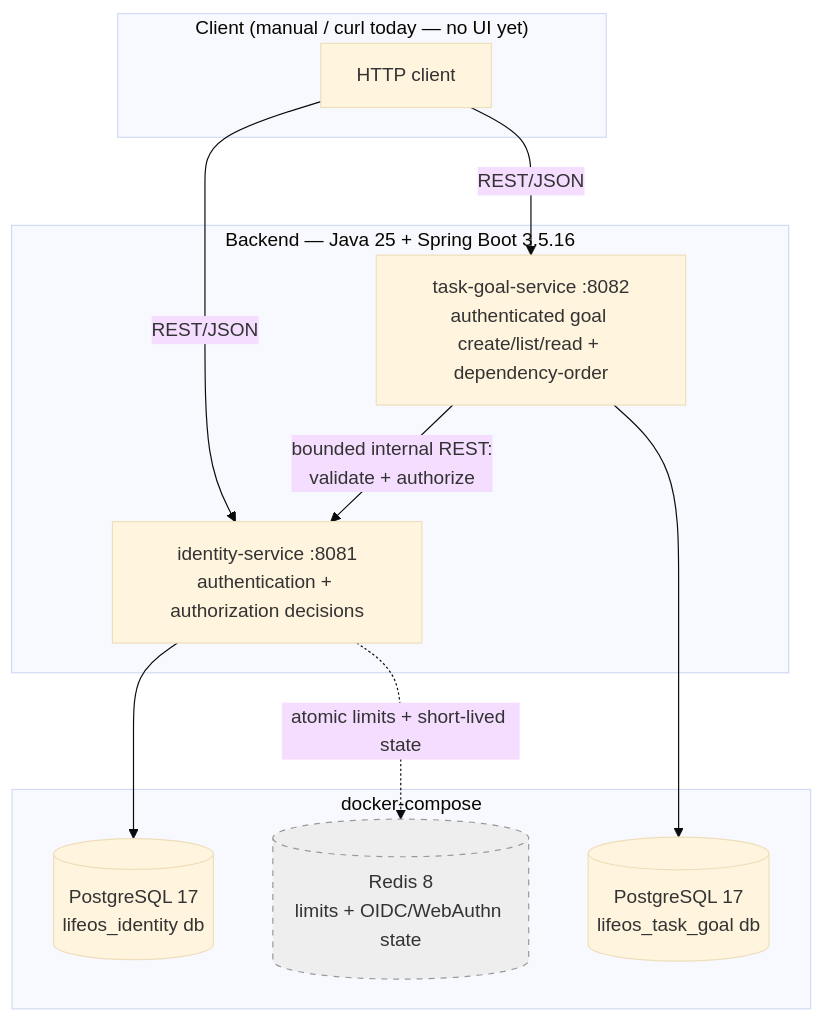
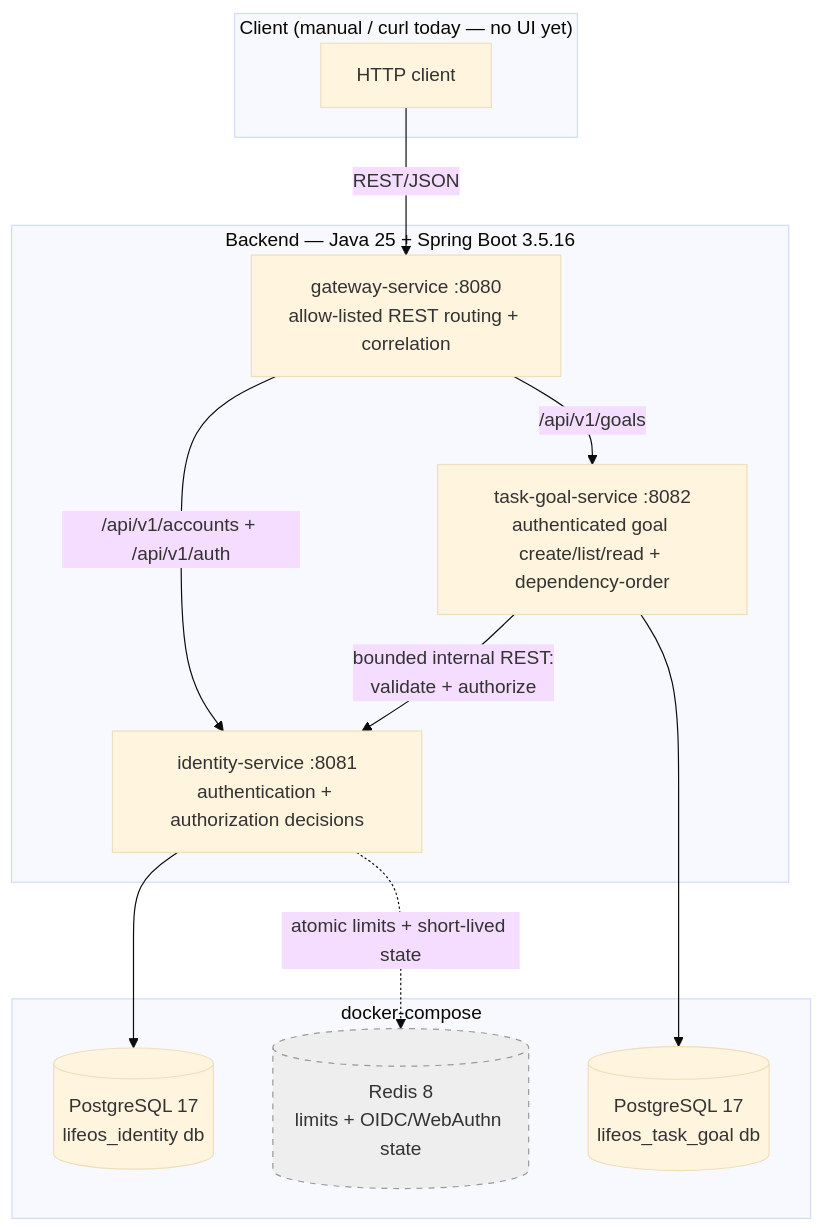
The diagram in docs/diagrams/current-architecture.md (tdespenza/lifeos), drawn with Mermaid (base theme) before and after one commit. The commit also changed other lines of this file and 33 other files, not shown here.

First line of the commit message:
Implement REST gateway routing and correlation IDs (#245)

````diff
--- a/docs/diagrams/current-architecture.md
+++ b/docs/diagrams/current-architecture.md
@@ -5,26 +5,28 @@
 ```mermaid
 graph TD
     subgraph Client["Client (manual / curl today — no UI yet)"]
         C[HTTP client]
     end
 
     subgraph Services["Backend — Java 25 + Spring Boot 3.5.16"]
+        G["gateway-service :8080<br/>allow-listed REST routing + correlation"]
         I["identity-service :8081<br/>authentication + authorization decisions"]
         T["task-goal-service :8082<br/>authenticated goal create/list/read + dependency-order"]
     end
 
     subgraph Data["docker-compose"]
         PG[("PostgreSQL 17<br/>lifeos_identity db")]
         PG2[("PostgreSQL 17<br/>lifeos_task_goal db")]
         R[("Redis 8<br/>limits + OIDC/WebAuthn state")]
     end
 
-    C -->|REST/JSON| I
-    C -->|REST/JSON| T
+    C -->|REST/JSON| G
+    G -->|/api/v1/accounts + /api/v1/auth| I
+    G -->|/api/v1/goals| T
     T -->|bounded internal REST:<br/>validate + authorize| I
     I --> PG
     I -.->|atomic limits + short-lived state| R
     T --> PG2
 
     style R fill:#eee,stroke:#999,stroke-dasharray: 5 5
 ```
````
